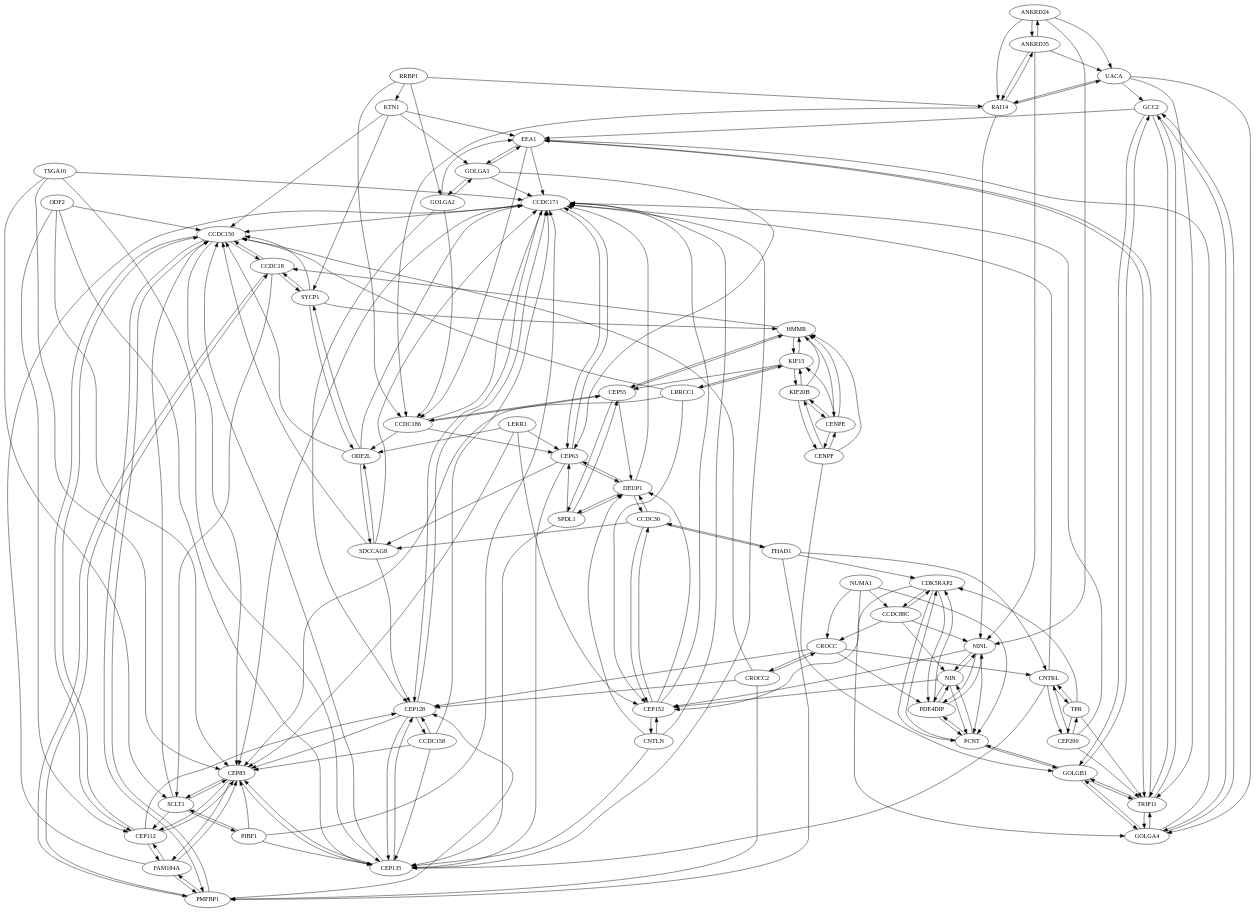
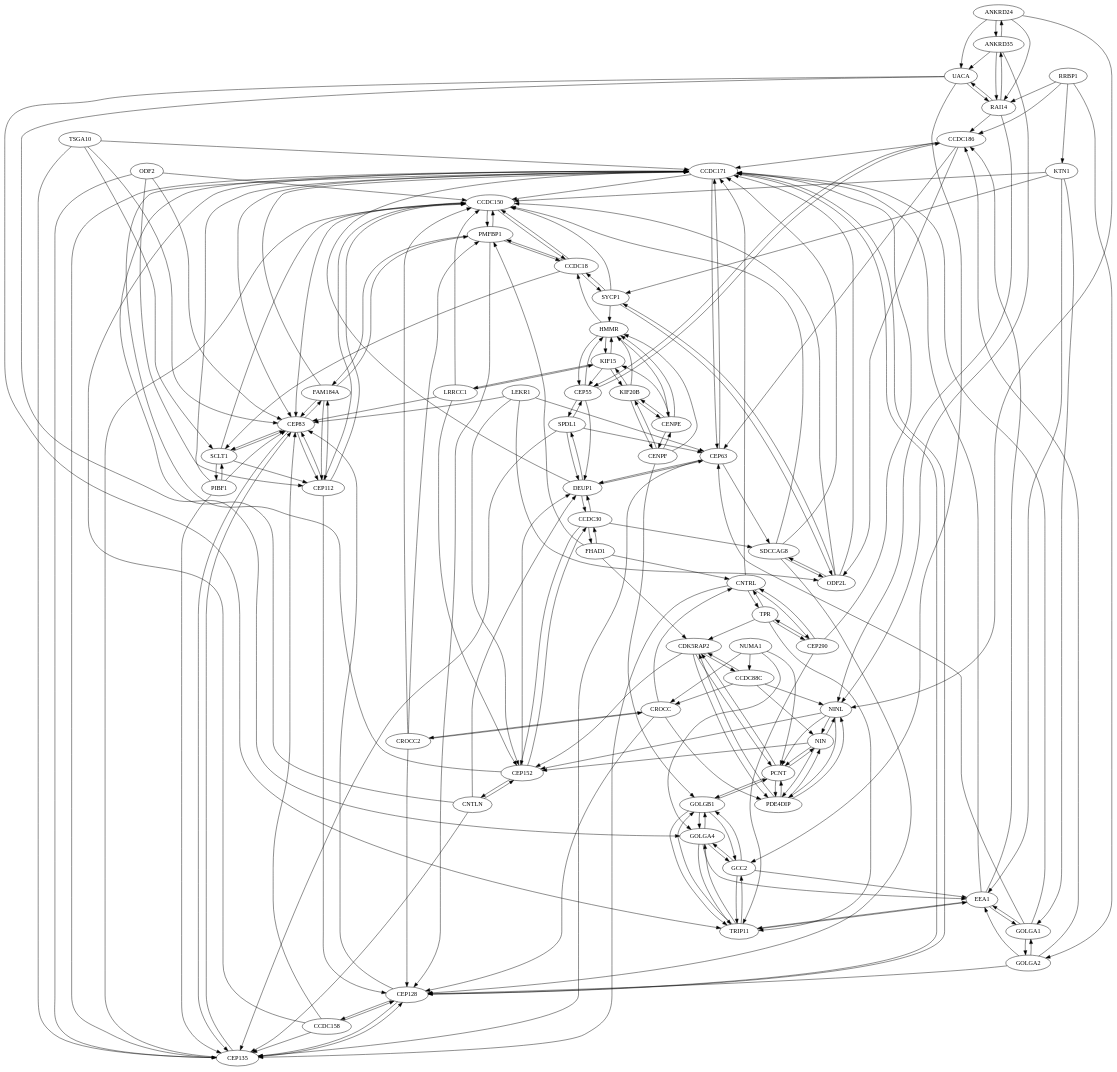
Before and after one commit to leonfrench/map-of-proteins-data: the diagram in v6/graphs/259.graph.dot, drawn with Graphviz. The commit also changed 457 other files, not shown here.

```diff
--- a/v6/graphs/259.graph.dot
+++ b/v6/graphs/259.graph.dot
@@ -1,292 +1,292 @@
 digraph G {
-"ANKRD24" ["l"="-13.758531,-3.342659"]
-"ANKRD35" ["l"="-13.700047,-3.614440"]
-"CCDC150" ["l"="-14.124240,-3.610320"]
-"CCDC158" ["l"="-14.959654,-3.545249"]
-"CCDC171" ["l"="-13.923164,-3.691796"]
-"CCDC18" ["l"="-14.489083,-3.677160"]
-"CCDC186" ["l"="-12.575235,-3.495036"]
-"CCDC30" ["l"="-12.809029,-3.105604"]
-"CCDC88C" ["l"="-12.461250,-3.781730"]
-"CDK5RAP2" ["l"="-13.109282,-3.917781"]
-"CENPE" ["l"="-14.140812,-3.715326"]
-"CENPF" ["l"="-14.477479,-4.054653"]
-"CEP112" ["l"="-14.811224,-3.668127"]
-"CEP128" ["l"="-13.983587,-3.552398"]
-"CEP135" ["l"="-14.668683,-3.750727"]
-"CEP152" ["l"="-13.001064,-3.317044"]
-"CEP290" ["l"="-14.750330,-4.071047"]
-"CEP55" ["l"="-13.113708,-3.590194"]
-"CEP63" ["l"="-13.054640,-3.242764"]
-"CEP83" ["l"="-14.784221,-3.607265"]
-"CNTLN" ["l"="-13.605096,-3.667655"]
-"CNTRL" ["l"="-13.860262,-3.961240"]
-"CROCC" ["l"="-13.237694,-3.576259"]
-"CROCC2" ["l"="-13.403519,-3.470613"]
-"DEUP1" ["l"="-13.272689,-3.319014"]
-"EEA1" ["l"="-14.058370,-3.863230"]
-"FAM184A" ["l"="-15.257550,-3.455218"]
-"FHAD1" ["l"="-13.417042,-2.945846"]
-"GCC2" ["l"="-14.300137,-4.153844"]
-"GOLGA1" ["l"="-12.530715,-3.514689"]
-"GOLGA2" ["l"="-13.036192,-3.160214"]
-"GOLGA4" ["l"="-14.296450,-4.264639"]
-"GOLGB1" ["l"="-14.487821,-4.268056"]
-"HMMR" ["l"="-13.923569,-3.643931"]
-"KIF15" ["l"="-13.931224,-3.626999"]
-"KIF20B" ["l"="-14.093068,-3.779951"]
-"KTN1" ["l"="-13.803102,-3.864852"]
-"LEKR1" ["l"="-13.478992,-3.002122"]
-"LRRCC1" ["l"="-13.827474,-3.400665"]
-"NIN" ["l"="-13.007693,-3.945795"]
-"NINL" ["l"="-12.874974,-3.255821"]
-"NUMA1" ["l"="-12.394462,-3.667339"]
-"ODF2" ["l"="-14.614206,-3.831754"]
-"ODF2L" ["l"="-13.750013,-3.362858"]
-"PCNT" ["l"="-13.665391,-4.071929"]
-"PDE4DIP" ["l"="-12.721008,-3.840961"]
-"PIBF1" ["l"="-15.145308,-3.940106"]
-"PMFBP1" ["l"="-14.559239,-3.736727"]
-"RAI14" ["l"="-13.048917,-3.572869"]
-"RRBP1" ["l"="-13.323361,-3.151230"]
-"SCLT1" ["l"="-14.605152,-3.706021"]
-"SDCCAG8" ["l"="-13.624556,-3.381618"]
-"SPDL1" ["l"="-14.532709,-3.940420"]
-"SYCP1" ["l"="-14.301395,-3.525612"]
-"TPR" ["l"="-14.032859,-4.044107"]
-"TRIP11" ["l"="-14.107874,-4.165880"]
-"TSGA10" ["l"="-14.803165,-3.616648"]
-"UACA" ["l"="-14.185076,-4.296133"]
-"ANKRD24" -> "ANKRD35"
-"ANKRD24" -> "NINL"
-"ANKRD24" -> "RAI14"
-"ANKRD24" -> "UACA"
-"ANKRD35" -> "ANKRD24"
-"ANKRD35" -> "RAI14"
-"ANKRD35" -> "NINL"
-"ANKRD35" -> "UACA"
-"CCDC150" -> "PMFBP1"
-"CCDC150" -> "CEP112"
-"CCDC150" -> "CCDC18"
-"CCDC150" -> "CEP83"
-"CCDC158" -> "CEP128"
-"CCDC158" -> "CCDC171"
-"CCDC158" -> "CEP135"
-"CCDC158" -> "CEP83"
-"CCDC171" -> "CEP128"
-"CCDC171" -> "CCDC150"
-"CCDC171" -> "CEP63"
-"CCDC171" -> "CEP83"
-"CCDC18" -> "CCDC150"
-"CCDC18" -> "PMFBP1"
-"CCDC18" -> "SCLT1"
-"CCDC18" -> "SYCP1"
-"CCDC186" -> "CEP63"
-"CCDC186" -> "ODF2L"
-"CCDC186" -> "CEP55"
-"CCDC186" -> "CCDC171"
-"CCDC30" -> "DEUP1"
-"CCDC30" -> "CEP152"
-"CCDC30" -> "SDCCAG8"
-"CCDC30" -> "FHAD1"
-"CCDC88C" -> "CDK5RAP2"
-"CCDC88C" -> "NINL"
-"CCDC88C" -> "NIN"
-"CCDC88C" -> "CROCC"
-"CDK5RAP2" -> "PDE4DIP"
-"CDK5RAP2" -> "PCNT"
-"CDK5RAP2" -> "CCDC88C"
-"CDK5RAP2" -> "CEP152"
-"CENPE" -> "CENPF"
-"CENPE" -> "KIF20B"
-"CENPE" -> "HMMR"
-"CENPE" -> "KIF15"
-"CENPF" -> "CENPE"
-"CENPF" -> "KIF20B"
-"CENPF" -> "HMMR"
-"CENPF" -> "GOLGB1"
-"CEP112" -> "CEP83"
-"CEP112" -> "CCDC150"
-"CEP112" -> "FAM184A"
-"CEP112" -> "CEP128"
-"CEP128" -> "CEP135"
-"CEP128" -> "CEP83"
-"CEP128" -> "CCDC171"
-"CEP128" -> "CCDC158"
-"CEP135" -> "CEP128"
-"CEP135" -> "CEP83"
-"CEP135" -> "CCDC171"
-"CEP135" -> "CCDC150"
-"CEP152" -> "CCDC171"
-"CEP152" -> "CCDC30"
-"CEP152" -> "CNTLN"
-"CEP152" -> "DEUP1"
-"CEP290" -> "CNTRL"
-"CEP290" -> "CCDC171"
-"CEP290" -> "TPR"
-"CEP290" -> "TRIP11"
-"CEP55" -> "SPDL1"
-"CEP55" -> "HMMR"
-"CEP55" -> "DEUP1"
-"CEP55" -> "CCDC186"
-"CEP63" -> "DEUP1"
-"CEP63" -> "CCDC171"
-"CEP63" -> "SDCCAG8"
-"CEP63" -> "CEP135"
-"CEP83" -> "SCLT1"
-"CEP83" -> "CEP112"
-"CEP83" -> "FAM184A"
-"CEP83" -> "CEP135"
-"CNTLN" -> "CCDC171"
-"CNTLN" -> "DEUP1"
-"CNTLN" -> "CEP152"
-"CNTLN" -> "CEP135"
-"CNTRL" -> "CEP290"
-"CNTRL" -> "CCDC171"
-"CNTRL" -> "CEP135"
-"CNTRL" -> "TPR"
-"CROCC" -> "CROCC2"
-"CROCC" -> "CNTRL"
-"CROCC" -> "CEP128"
-"CROCC" -> "PDE4DIP"
-"CROCC2" -> "CROCC"
-"CROCC2" -> "PMFBP1"
-"CROCC2" -> "CCDC150"
-"CROCC2" -> "CEP128"
-"DEUP1" -> "CEP63"
-"DEUP1" -> "CCDC30"
-"DEUP1" -> "SPDL1"
-"DEUP1" -> "CCDC171"
-"EEA1" -> "TRIP11"
-"EEA1" -> "GOLGA1"
-"EEA1" -> "CCDC186"
-"EEA1" -> "CCDC171"
-"FAM184A" -> "CEP83"
-"FAM184A" -> "CEP112"
-"FAM184A" -> "CCDC171"
-"FAM184A" -> "PMFBP1"
-"FHAD1" -> "CCDC30"
-"FHAD1" -> "PMFBP1"
-"FHAD1" -> "CNTRL"
-"FHAD1" -> "CDK5RAP2"
-"GCC2" -> "TRIP11"
-"GCC2" -> "GOLGB1"
-"GCC2" -> "GOLGA4"
-"GCC2" -> "EEA1"
-"GOLGA1" -> "GOLGA2"
-"GOLGA1" -> "EEA1"
-"GOLGA1" -> "CCDC171"
-"GOLGA1" -> "CEP63"
-"GOLGA2" -> "GOLGA1"
-"GOLGA2" -> "CCDC186"
-"GOLGA2" -> "CEP128"
-"GOLGA2" -> "EEA1"
-"GOLGA4" -> "TRIP11"
-"GOLGA4" -> "GOLGB1"
-"GOLGA4" -> "GCC2"
-"GOLGA4" -> "EEA1"
-"GOLGB1" -> "TRIP11"
-"GOLGB1" -> "GOLGA4"
-"GOLGB1" -> "GCC2"
-"GOLGB1" -> "PCNT"
-"HMMR" -> "CEP55"
-"HMMR" -> "KIF15"
-"HMMR" -> "CENPE"
-"HMMR" -> "CCDC18"
-"KIF15" -> "HMMR"
-"KIF15" -> "KIF20B"
-"KIF15" -> "CEP55"
-"KIF15" -> "LRRCC1"
-"KIF20B" -> "CENPF"
-"KIF20B" -> "CENPE"
-"KIF20B" -> "KIF15"
-"KIF20B" -> "HMMR"
-"KTN1" -> "EEA1"
-"KTN1" -> "GOLGA1"
-"KTN1" -> "SYCP1"
-"KTN1" -> "CCDC150"
-"LEKR1" -> "CEP83"
-"LEKR1" -> "ODF2L"
-"LEKR1" -> "CEP152"
-"LEKR1" -> "CEP63"
-"LRRCC1" -> "CCDC150"
-"LRRCC1" -> "CEP152"
-"LRRCC1" -> "CEP83"
-"LRRCC1" -> "KIF15"
-"NIN" -> "PCNT"
-"NIN" -> "PDE4DIP"
-"NIN" -> "NINL"
-"NIN" -> "CEP152"
-"NINL" -> "NIN"
-"NINL" -> "PCNT"
-"NINL" -> "CEP152"
-"NINL" -> "PDE4DIP"
-"NUMA1" -> "CROCC"
-"NUMA1" -> "GOLGA4"
-"NUMA1" -> "CCDC88C"
-"NUMA1" -> "PCNT"
-"ODF2" -> "CEP112"
-"ODF2" -> "CCDC150"
-"ODF2" -> "CEP135"
-"ODF2" -> "CEP83"
-"ODF2L" -> "CCDC150"
-"ODF2L" -> "SDCCAG8"
-"ODF2L" -> "CCDC171"
-"ODF2L" -> "SYCP1"
-"PCNT" -> "CDK5RAP2"
-"PCNT" -> "PDE4DIP"
-"PCNT" -> "GOLGB1"
-"PCNT" -> "NIN"
-"PDE4DIP" -> "CDK5RAP2"
-"PDE4DIP" -> "PCNT"
-"PDE4DIP" -> "NIN"
-"PDE4DIP" -> "NINL"
-"PIBF1" -> "SCLT1"
-"PIBF1" -> "CEP83"
-"PIBF1" -> "CEP135"
-"PIBF1" -> "CCDC171"
-"PMFBP1" -> "CCDC150"
-"PMFBP1" -> "CCDC18"
-"PMFBP1" -> "CEP128"
-"PMFBP1" -> "FAM184A"
-"RAI14" -> "UACA"
-"RAI14" -> "NINL"
-"RAI14" -> "ANKRD35"
-"RAI14" -> "CCDC186"
-"RRBP1" -> "GOLGA2"
-"RRBP1" -> "RAI14"
-"RRBP1" -> "KTN1"
-"RRBP1" -> "CCDC186"
-"SCLT1" -> "CEP83"
-"SCLT1" -> "PIBF1"
-"SCLT1" -> "CCDC150"
-"SCLT1" -> "CEP112"
-"SDCCAG8" -> "CCDC150"
-"SDCCAG8" -> "ODF2L"
-"SDCCAG8" -> "CEP128"
-"SDCCAG8" -> "CCDC171"
-"SPDL1" -> "CEP55"
-"SPDL1" -> "DEUP1"
-"SPDL1" -> "CEP135"
-"SPDL1" -> "CEP63"
-"SYCP1" -> "ODF2L"
-"SYCP1" -> "CCDC18"
-"SYCP1" -> "CCDC150"
-"SYCP1" -> "HMMR"
-"TPR" -> "CEP290"
-"TPR" -> "CNTRL"
-"TPR" -> "CDK5RAP2"
-"TPR" -> "TRIP11"
-"TRIP11" -> "GCC2"
-"TRIP11" -> "GOLGB1"
-"TRIP11" -> "GOLGA4"
-"TRIP11" -> "EEA1"
-"TSGA10" -> "CEP135"
-"TSGA10" -> "CCDC171"
-"TSGA10" -> "CEP83"
-"TSGA10" -> "SCLT1"
-"UACA" -> "RAI14"
-"UACA" -> "TRIP11"
-"UACA" -> "GOLGA4"
-"UACA" -> "GCC2"
+"ANKRD24" -> "ANKRD35";
+"ANKRD24" -> "NINL";
+"ANKRD24" -> "RAI14";
+"ANKRD24" -> "UACA";
+"ANKRD35" -> "ANKRD24";
+"ANKRD35" -> "RAI14";
+"ANKRD35" -> "NINL";
+"ANKRD35" -> "UACA";
+"CCDC150" -> "PMFBP1";
+"CCDC150" -> "CEP112";
+"CCDC150" -> "CCDC18";
+"CCDC150" -> "CEP83";
+"CCDC158" -> "CEP128";
+"CCDC158" -> "CCDC171";
+"CCDC158" -> "CEP135";
+"CCDC158" -> "CEP83";
+"CCDC171" -> "CEP128";
+"CCDC171" -> "CCDC150";
+"CCDC171" -> "CEP63";
+"CCDC171" -> "CEP83";
+"CCDC18" -> "CCDC150";
+"CCDC18" -> "PMFBP1";
+"CCDC18" -> "SCLT1";
+"CCDC18" -> "SYCP1";
+"CCDC186" -> "CEP63";
+"CCDC186" -> "ODF2L";
+"CCDC186" -> "CEP55";
+"CCDC186" -> "CCDC171";
+"CCDC30" -> "DEUP1";
+"CCDC30" -> "CEP152";
+"CCDC30" -> "SDCCAG8";
+"CCDC30" -> "FHAD1";
+"CCDC88C" -> "CDK5RAP2";
+"CCDC88C" -> "NINL";
+"CCDC88C" -> "NIN";
+"CCDC88C" -> "CROCC";
+"CDK5RAP2" -> "PDE4DIP";
+"CDK5RAP2" -> "PCNT";
+"CDK5RAP2" -> "CCDC88C";
+"CDK5RAP2" -> "CEP152";
+"CENPE" -> "CENPF";
+"CENPE" -> "KIF20B";
+"CENPE" -> "HMMR";
+"CENPE" -> "KIF15";
+"CENPF" -> "CENPE";
+"CENPF" -> "KIF20B";
+"CENPF" -> "HMMR";
+"CENPF" -> "GOLGB1";
+"CEP112" -> "CEP83";
+"CEP112" -> "CCDC150";
+"CEP112" -> "FAM184A";
+"CEP112" -> "CEP128";
+"CEP128" -> "CEP135";
+"CEP128" -> "CEP83";
+"CEP128" -> "CCDC171";
+"CEP128" -> "CCDC158";
+"CEP135" -> "CEP128";
+"CEP135" -> "CEP83";
+"CEP135" -> "CCDC171";
+"CEP135" -> "CCDC150";
+"CEP152" -> "CCDC171";
+"CEP152" -> "CCDC30";
+"CEP152" -> "CNTLN";
+"CEP152" -> "DEUP1";
+"CEP290" -> "CNTRL";
+"CEP290" -> "CCDC171";
+"CEP290" -> "TPR";
+"CEP290" -> "TRIP11";
+"CEP55" -> "SPDL1";
+"CEP55" -> "HMMR";
+"CEP55" -> "DEUP1";
+"CEP55" -> "CCDC186";
+"CEP63" -> "DEUP1";
+"CEP63" -> "CCDC171";
+"CEP63" -> "SDCCAG8";
+"CEP63" -> "CEP135";
+"CEP83" -> "SCLT1";
+"CEP83" -> "CEP112";
+"CEP83" -> "FAM184A";
+"CEP83" -> "CEP135";
+"CNTLN" -> "CCDC171";
+"CNTLN" -> "DEUP1";
+"CNTLN" -> "CEP152";
+"CNTLN" -> "CEP135";
+"CNTRL" -> "CEP290";
+"CNTRL" -> "CCDC171";
+"CNTRL" -> "CEP135";
+"CNTRL" -> "TPR";
+"CROCC" -> "CROCC2";
+"CROCC" -> "CNTRL";
+"CROCC" -> "CEP128";
+"CROCC" -> "PDE4DIP";
+"CROCC2" -> "CROCC";
+"CROCC2" -> "PMFBP1";
+"CROCC2" -> "CCDC150";
+"CROCC2" -> "CEP128";
+"DEUP1" -> "CEP63";
+"DEUP1" -> "CCDC30";
+"DEUP1" -> "SPDL1";
+"DEUP1" -> "CCDC171";
+"EEA1" -> "TRIP11";
+"EEA1" -> "GOLGA1";
+"EEA1" -> "CCDC186";
+"EEA1" -> "CCDC171";
+"FAM184A" -> "CEP83";
+"FAM184A" -> "CEP112";
+"FAM184A" -> "CCDC171";
+"FAM184A" -> "PMFBP1";
+"FHAD1" -> "CCDC30";
+"FHAD1" -> "PMFBP1";
+"FHAD1" -> "CNTRL";
+"FHAD1" -> "CDK5RAP2";
+"GCC2" -> "TRIP11";
+"GCC2" -> "GOLGB1";
+"GCC2" -> "GOLGA4";
+"GCC2" -> "EEA1";
+"GOLGA1" -> "GOLGA2";
+"GOLGA1" -> "EEA1";
+"GOLGA1" -> "CCDC171";
+"GOLGA1" -> "CEP63";
+"GOLGA2" -> "GOLGA1";
+"GOLGA2" -> "CCDC186";
+"GOLGA2" -> "CEP128";
+"GOLGA2" -> "EEA1";
+"GOLGA4" -> "TRIP11";
+"GOLGA4" -> "GOLGB1";
+"GOLGA4" -> "GCC2";
+"GOLGA4" -> "EEA1";
+"GOLGB1" -> "TRIP11";
+"GOLGB1" -> "GOLGA4";
+"GOLGB1" -> "GCC2";
+"GOLGB1" -> "PCNT";
+"HMMR" -> "CEP55";
+"HMMR" -> "KIF15";
+"HMMR" -> "CENPE";
+"HMMR" -> "CCDC18";
+"KIF15" -> "HMMR";
+"KIF15" -> "KIF20B";
+"KIF15" -> "CEP55";
+"KIF15" -> "LRRCC1";
+"KIF20B" -> "CENPF";
+"KIF20B" -> "CENPE";
+"KIF20B" -> "KIF15";
+"KIF20B" -> "HMMR";
+"KTN1" -> "EEA1";
+"KTN1" -> "GOLGA1";
+"KTN1" -> "SYCP1";
+"KTN1" -> "CCDC150";
+"LEKR1" -> "CEP83";
+"LEKR1" -> "ODF2L";
+"LEKR1" -> "CEP152";
+"LEKR1" -> "CEP63";
+"LRRCC1" -> "CCDC150";
+"LRRCC1" -> "CEP152";
+"LRRCC1" -> "CEP83";
+"LRRCC1" -> "KIF15";
+"NIN" -> "PCNT";
+"NIN" -> "PDE4DIP";
+"NIN" -> "NINL";
+"NIN" -> "CEP152";
+"NINL" -> "NIN";
+"NINL" -> "PCNT";
+"NINL" -> "CEP152";
+"NINL" -> "PDE4DIP";
+"NUMA1" -> "CROCC";
+"NUMA1" -> "GOLGA4";
+"NUMA1" -> "CCDC88C";
+"NUMA1" -> "PCNT";
+"ODF2" -> "CEP112";
+"ODF2" -> "CCDC150";
+"ODF2" -> "CEP135";
+"ODF2" -> "CEP83";
+"ODF2L" -> "CCDC150";
+"ODF2L" -> "SDCCAG8";
+"ODF2L" -> "CCDC171";
+"ODF2L" -> "SYCP1";
+"PCNT" -> "CDK5RAP2";
+"PCNT" -> "PDE4DIP";
+"PCNT" -> "GOLGB1";
+"PCNT" -> "NIN";
+"PDE4DIP" -> "CDK5RAP2";
+"PDE4DIP" -> "PCNT";
+"PDE4DIP" -> "NIN";
+"PDE4DIP" -> "NINL";
+"PIBF1" -> "SCLT1";
+"PIBF1" -> "CEP83";
+"PIBF1" -> "CEP135";
+"PIBF1" -> "CCDC171";
+"PMFBP1" -> "CCDC150";
+"PMFBP1" -> "CCDC18";
+"PMFBP1" -> "CEP128";
+"PMFBP1" -> "FAM184A";
+"RAI14" -> "UACA";
+"RAI14" -> "NINL";
+"RAI14" -> "ANKRD35";
+"RAI14" -> "CCDC186";
+"RRBP1" -> "GOLGA2";
+"RRBP1" -> "RAI14";
+"RRBP1" -> "KTN1";
+"RRBP1" -> "CCDC186";
+"SCLT1" -> "CEP83";
+"SCLT1" -> "PIBF1";
+"SCLT1" -> "CCDC150";
+"SCLT1" -> "CEP112";
+"SDCCAG8" -> "CCDC150";
+"SDCCAG8" -> "ODF2L";
+"SDCCAG8" -> "CEP128";
+"SDCCAG8" -> "CCDC171";
+"SPDL1" -> "CEP55";
+"SPDL1" -> "DEUP1";
+"SPDL1" -> "CEP135";
+"SPDL1" -> "CEP63";
+"SYCP1" -> "ODF2L";
+"SYCP1" -> "CCDC18";
+"SYCP1" -> "CCDC150";
+"SYCP1" -> "HMMR";
+"TPR" -> "CEP290";
+"TPR" -> "CNTRL";
+"TPR" -> "CDK5RAP2";
+"TPR" -> "TRIP11";
+"TRIP11" -> "GCC2";
+"TRIP11" -> "GOLGB1";
+"TRIP11" -> "GOLGA4";
+"TRIP11" -> "EEA1";
+"TSGA10" -> "CEP135";
+"TSGA10" -> "CCDC171";
+"TSGA10" -> "CEP83";
+"TSGA10" -> "SCLT1";
+"UACA" -> "RAI14";
+"UACA" -> "TRIP11";
+"UACA" -> "GOLGA4";
+"UACA" -> "GCC2";
+"ANKRD24" ["l"="-13.758531,-3.342659"];
+"ANKRD35" ["l"="-13.700047,-3.614440"];
+"CCDC150" ["l"="-14.124240,-3.610320"];
+"CCDC158" ["l"="-14.959654,-3.545249"];
+"CCDC171" ["l"="-13.923164,-3.691796"];
+"CCDC18" ["l"="-14.489083,-3.677160"];
+"CCDC186" ["l"="-12.575235,-3.495036"];
+"CCDC30" ["l"="-12.809029,-3.105604"];
+"CCDC88C" ["l"="-12.461250,-3.781730"];
+"CDK5RAP2" ["l"="-13.109282,-3.917781"];
+"CENPE" ["l"="-14.140812,-3.715326"];
+"CENPF" ["l"="-14.477479,-4.054653"];
+"CEP112" ["l"="-14.811224,-3.668127"];
+"CEP128" ["l"="-13.983587,-3.552398"];
+"CEP135" ["l"="-14.668683,-3.750727"];
+"CEP152" ["l"="-13.001064,-3.317044"];
+"CEP290" ["l"="-14.750330,-4.071047"];
+"CEP55" ["l"="-13.113708,-3.590194"];
+"CEP63" ["l"="-13.054640,-3.242764"];
+"CEP83" ["l"="-14.784221,-3.607265"];
+"CNTLN" ["l"="-13.605096,-3.667655"];
+"CNTRL" ["l"="-13.860262,-3.961240"];
+"CROCC" ["l"="-13.237694,-3.576259"];
+"CROCC2" ["l"="-13.403519,-3.470613"];
+"DEUP1" ["l"="-13.272689,-3.319014"];
+"EEA1" ["l"="-14.058370,-3.863230"];
+"FAM184A" ["l"="-15.257550,-3.455218"];
+"FHAD1" ["l"="-13.417042,-2.945846"];
+"GCC2" ["l"="-14.300137,-4.153844"];
+"GOLGA1" ["l"="-12.530715,-3.514689"];
+"GOLGA2" ["l"="-13.036192,-3.160214"];
+"GOLGA4" ["l"="-14.296450,-4.264639"];
+"GOLGB1" ["l"="-14.487821,-4.268056"];
+"HMMR" ["l"="-13.923569,-3.643931"];
+"KIF15" ["l"="-13.931224,-3.626999"];
+"KIF20B" ["l"="-14.093068,-3.779951"];
+"KTN1" ["l"="-13.803102,-3.864852"];
+"LEKR1" ["l"="-13.478992,-3.002122"];
+"LRRCC1" ["l"="-13.827474,-3.400665"];
+"NIN" ["l"="-13.007693,-3.945795"];
+"NINL" ["l"="-12.874974,-3.255821"];
+"NUMA1" ["l"="-12.394462,-3.667339"];
+"ODF2" ["l"="-14.614206,-3.831754"];
+"ODF2L" ["l"="-13.750013,-3.362858"];
+"PCNT" ["l"="-13.665391,-4.071929"];
+"PDE4DIP" ["l"="-12.721008,-3.840961"];
+"PIBF1" ["l"="-15.145308,-3.940106"];
+"PMFBP1" ["l"="-14.559239,-3.736727"];
+"RAI14" ["l"="-13.048917,-3.572869"];
+"RRBP1" ["l"="-13.323361,-3.151230"];
+"SCLT1" ["l"="-14.605152,-3.706021"];
+"SDCCAG8" ["l"="-13.624556,-3.381618"];
+"SPDL1" ["l"="-14.532709,-3.940420"];
+"SYCP1" ["l"="-14.301395,-3.525612"];
+"TPR" ["l"="-14.032859,-4.044107"];
+"TRIP11" ["l"="-14.107874,-4.165880"];
+"TSGA10" ["l"="-14.803165,-3.616648"];
+"UACA" ["l"="-14.185076,-4.296133"];
 }
```
